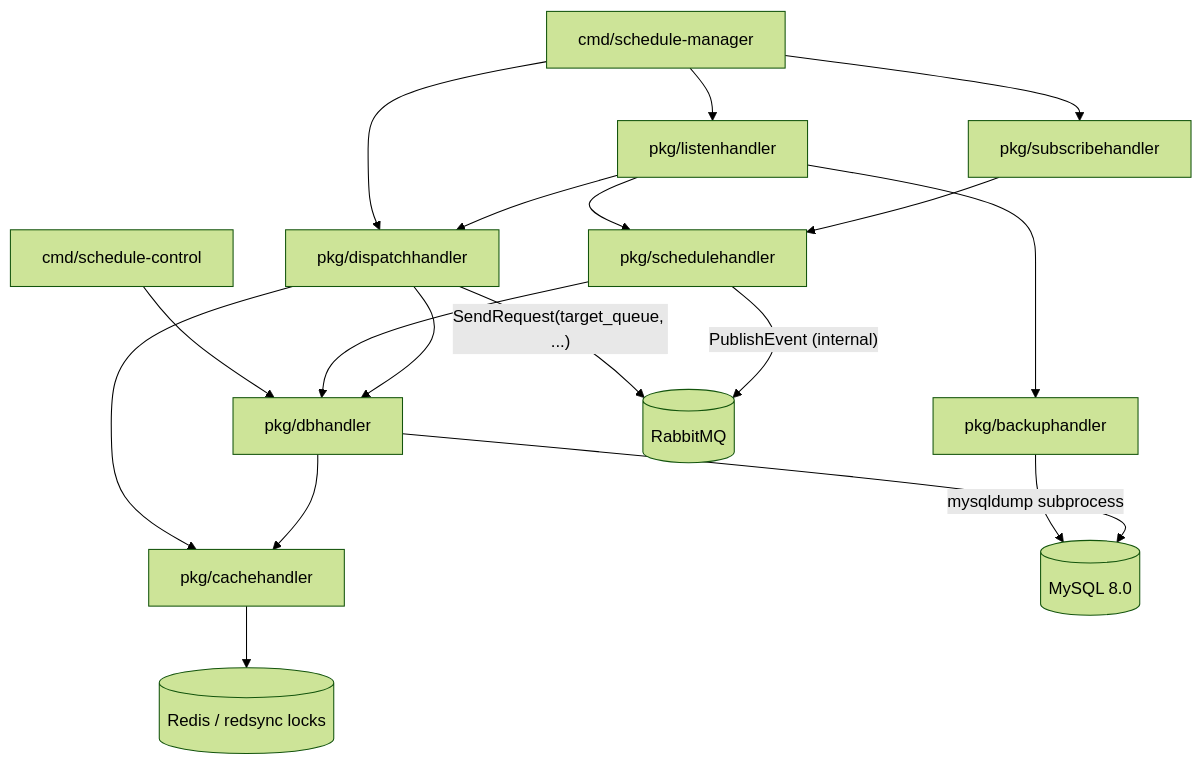
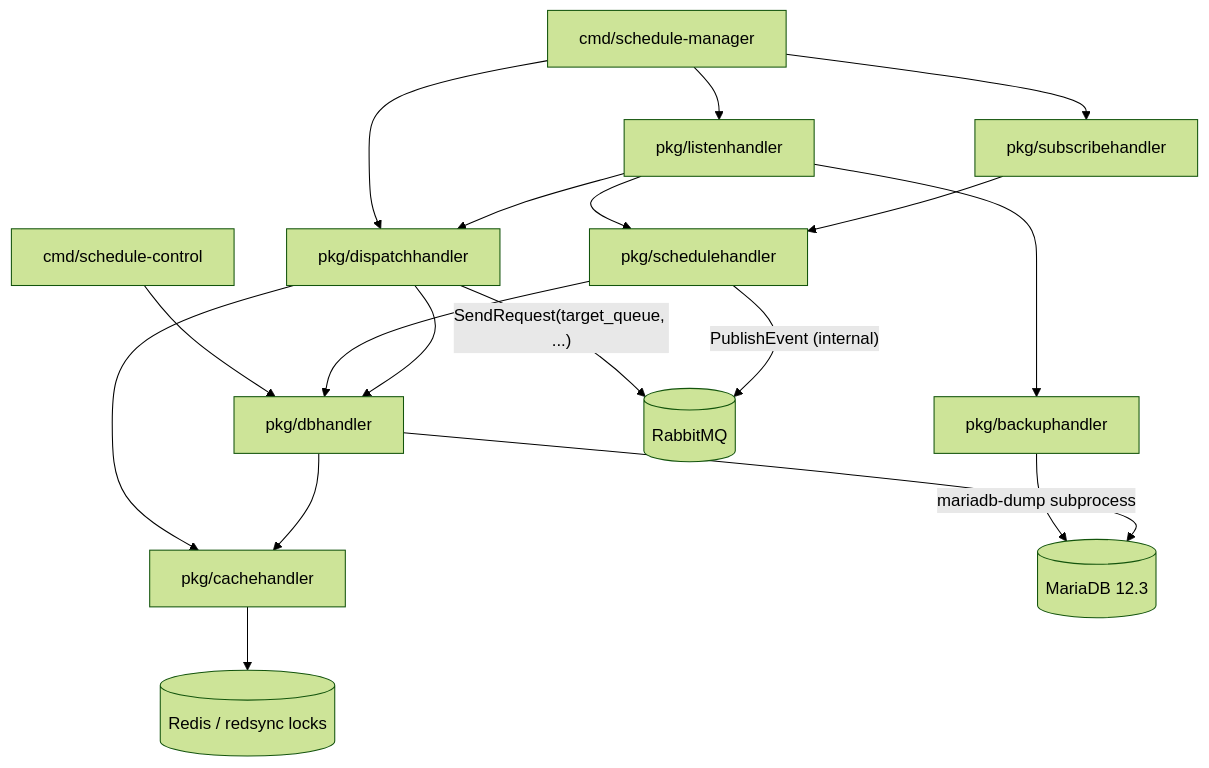
The diagram in bin-schedule-manager/docs/architecture.md (voipbin/monorepo), drawn with Mermaid (forest theme) before and after one commit. The commit also changed other lines of this file and 8 other files, not shown here.

````diff
--- a/bin-schedule-manager/docs/architecture.md
+++ b/bin-schedule-manager/docs/architecture.md
@@ -7,23 +7,23 @@
 ```mermaid
 graph TD
     CMD[cmd/schedule-manager] --> LH[pkg/listenhandler]
     CMD --> SH[pkg/subscribehandler]
     CMD --> DH[pkg/dispatchhandler]
     CTL[cmd/schedule-control] --> DB[pkg/dbhandler]
 
     LH --> SCH[pkg/schedulehandler]
     LH --> DH
     LH --> BH[pkg/backuphandler]
     SH --> SCH
 
     SCH --> DB
     DH --> DB
     DH --> CACHE[pkg/cachehandler]
     DB --> CACHE
 
     DH -- "SendRequest(target_queue, ...)" --> MQ[(RabbitMQ)]
     SCH -- "PublishEvent (internal)" --> MQ
-    BH -- "mysqldump subprocess" --> MYSQL[(MySQL 8.0)]
+    BH -- "mariadb-dump subprocess" --> MYSQL[(MariaDB 12.3)]
     DB --> MYSQL
     CACHE --> REDIS[(Redis / redsync locks)]
 ```
````
